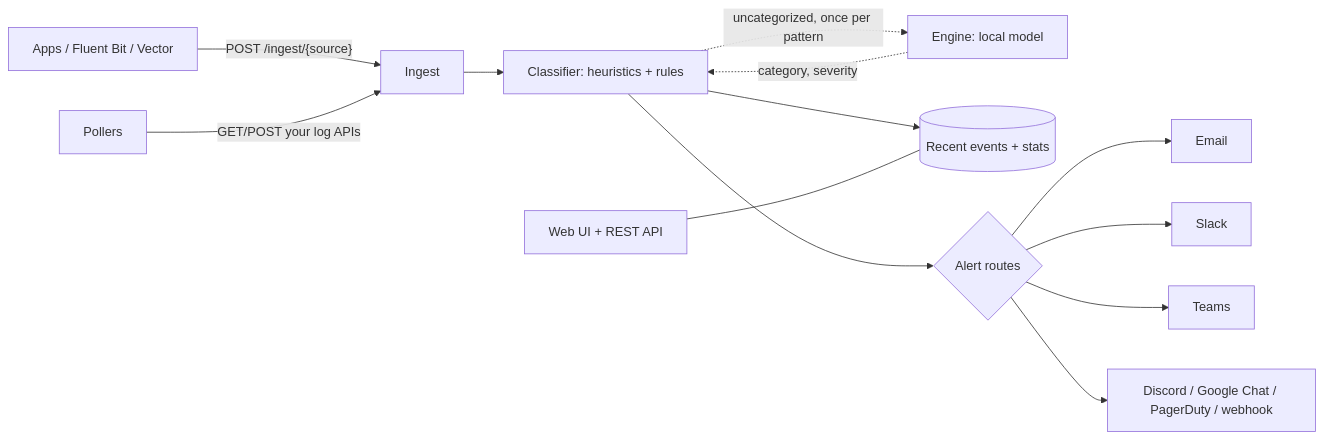
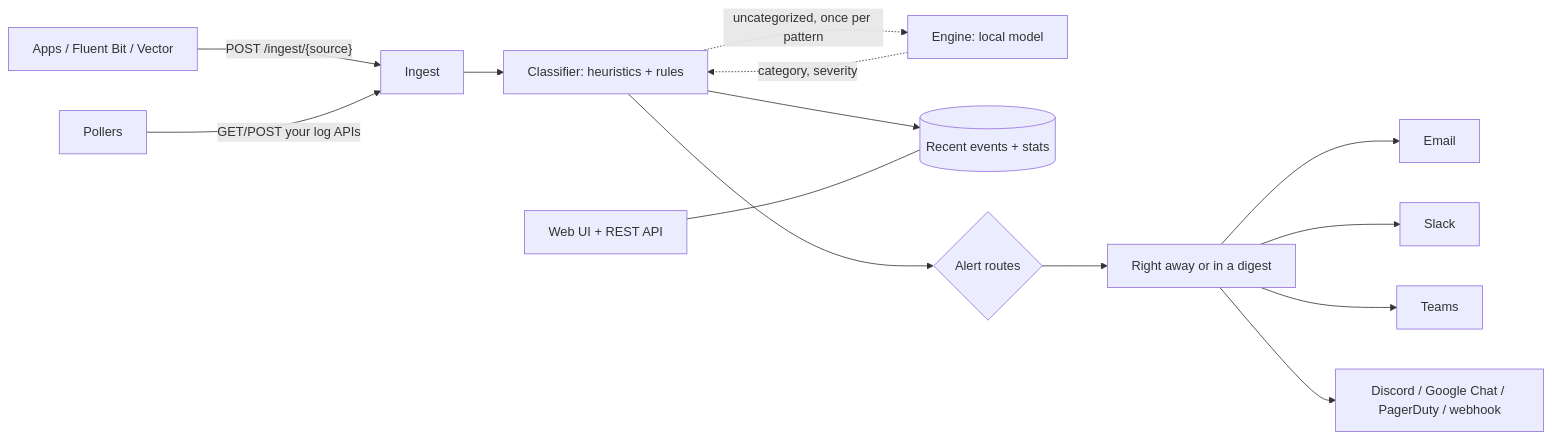
One commit to vipinmohan22/lissandra changed the diagram in README.md. Above: the diagram before and after it, drawn with Mermaid. The commit also changed other lines of this file and 30 other files, not shown here.

````diff
--- a/README.md
+++ b/README.md
@@ -12,15 +12,16 @@
 ```mermaid
 flowchart LR
   A[Apps / Fluent Bit / Vector] -- "POST /ingest/{source}" --> I[Ingest]
   P[Pollers] -- "GET/POST your log APIs" --> I
   I --> C[Classifier: heuristics + rules]
   C -. "uncategorized, once per pattern" .-> E[Engine: local model]
   E -. "category, severity" .-> C
   C --> S[(Recent events + stats)]
   C --> R{Alert routes}
-  R --> N1[Email]
-  R --> N2[Slack]
-  R --> N3[Teams]
-  R --> N4[Discord / Google Chat / PagerDuty / webhook]
+  R --> D[Right away or in a digest]
+  D --> N1[Email]
+  D --> N2[Slack]
+  D --> N3[Teams]
+  D --> N4[Discord / Google Chat / PagerDuty / webhook]
   UI[Web UI + REST API] --- S
 ```
````
